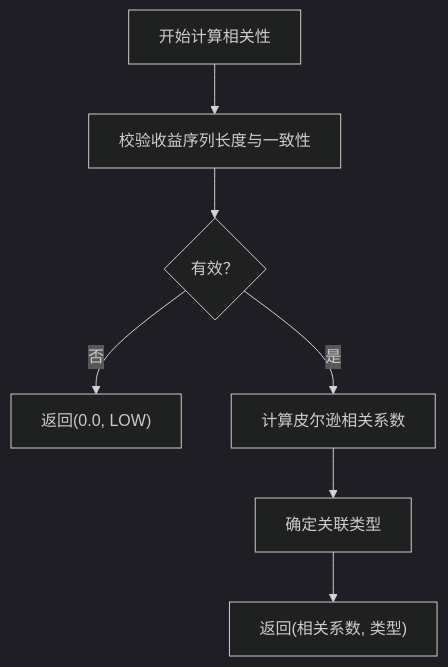
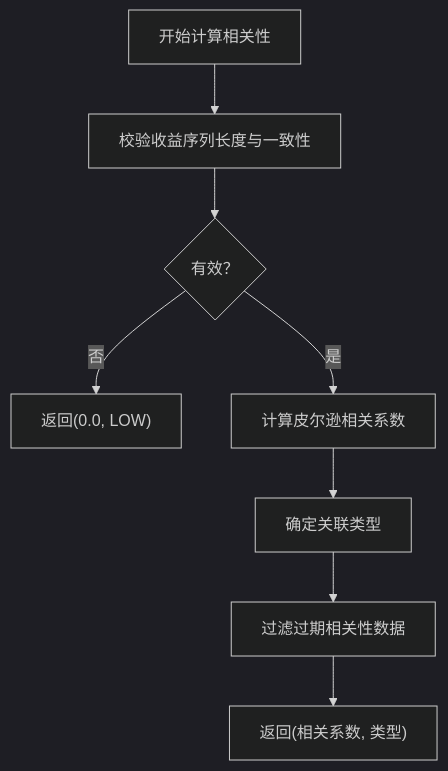
Before and after one commit to raymodny-ai/The-Modern-Turtle-Protocol: the fourth of 7 diagrams in .qoder/repowiki/zh/content/核心功能模块/风险管理系统/投资组合风险控制.md, drawn with Mermaid (dark theme). The commit also changed other lines of this file and 15 other files, not shown here.

````diff
--- a/.qoder/repowiki/zh/content/核心功能模块/风险管理系统/投资组合风险控制.md
+++ b/.qoder/repowiki/zh/content/核心功能模块/风险管理系统/投资组合风险控制.md
@@ -155,9 +179,10 @@
 ```mermaid
 flowchart TD
 RCStart["开始计算相关性"] --> Validate["校验收益序列长度与一致性"]
 Validate --> Valid{"有效？"}
 Valid --> |否| ReturnLow["返回(0.0, LOW)"]
 Valid --> |是| Calc["计算皮尔逊相关系数"]
 Calc --> Type["确定关联类型"]
-Type --> RCEnd["返回(相关系数, 类型)"]
+Type --> Filter["过滤过期相关性数据"]
+Filter --> RCEnd["返回(相关系数, 类型)"]
 ```
````
